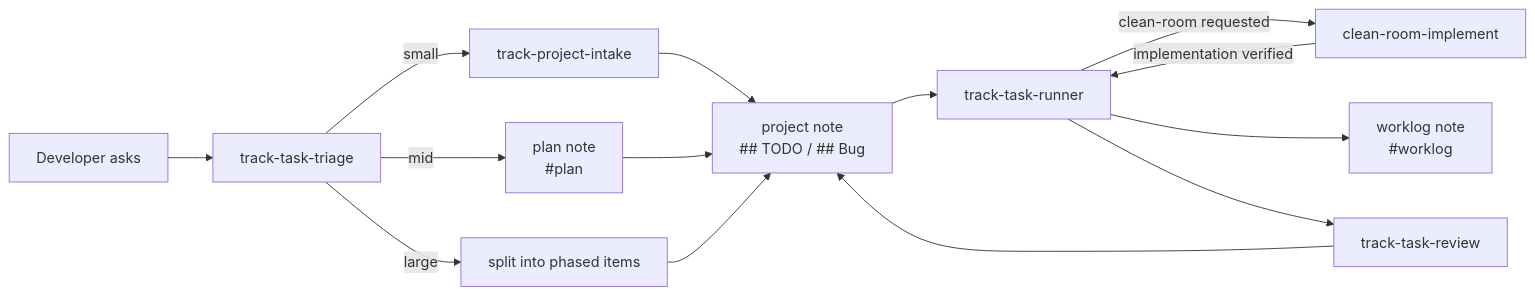
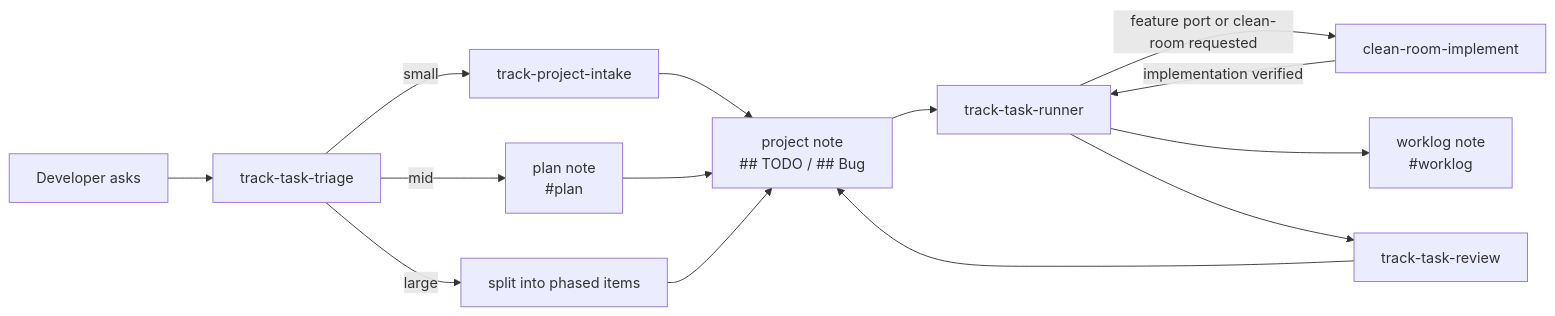
Before and after one commit to ttak0422/track-lab: the diagram in plugins/task/README.md, drawn with Mermaid. The commit also changed other lines of this file and 2 other files, not shown here.

Commit message:
Default feature ports to clean-room implementation

````diff
--- a/plugins/task/README.md
+++ b/plugins/task/README.md
@@ -19,16 +19,16 @@
 ```mermaid
 flowchart LR
   ask[Developer asks] --> triage[track-task-triage]
   triage -->|small| intake[track-project-intake]
   triage -->|mid| plan["plan note<br/>#plan"]
   triage -->|large| split["split into phased items"]
   intake --> checklist["project note<br/>## TODO / ## Bug"]
   plan --> checklist
   split --> checklist
   checklist --> runner[track-task-runner]
-  runner -->|clean-room requested| cleanroom[clean-room-implement]
+  runner -->|feature port or clean-room requested| cleanroom[clean-room-implement]
   cleanroom -->|implementation verified| runner
   runner --> worklog["worklog note<br/>#worklog"]
   runner --> review[track-task-review]
   review --> checklist
 ```
````
